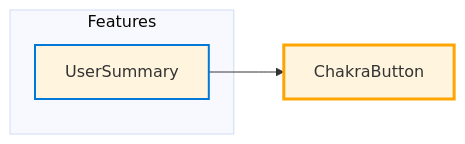
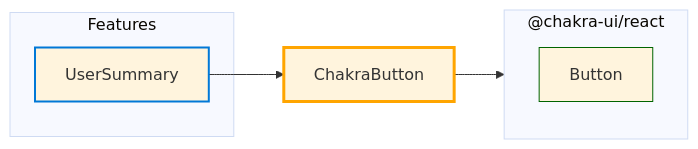
One commit to star4beam/react-package-analyzer changed the diagram in test-project-import-analysis/hubs/ChakraButton.md. Above: the diagram before and after it, drawn with Mermaid (base theme). The commit also changed other lines of this file and 5 other files, not shown here.

````diff
--- a/test-project-import-analysis/hubs/ChakraButton.md
+++ b/test-project-import-analysis/hubs/ChakraButton.md
@@ -15,27 +15,34 @@
 ```mermaid
 flowchart LR
     %% Node styles
     classDef feature stroke:#0078d7,stroke-width:2px
     classDef currentHub stroke:#ffa500,stroke-width:3px
     classDef main stroke:#d04a02,stroke-width:2px
     classDef intermediate stroke:#7e6000,stroke-width:2px
     classDef base stroke:#006400,stroke-width:2px
     classDef component stroke:#006400,stroke-width:1px
 
     %% Link styles
     linkStyle default stroke:#333,stroke-width:1px
     %% Use different arrow styles for dependency types
     %% Direct: solid line, Indirect: dashed line, Both: thick solid line
 
     hub_ChakraButton["ChakraButton"]
     class hub_ChakraButton currentHub
 
     %% Features that use this hub (directly or indirectly)
     subgraph Features["Features"]
         feature_UserSummary["UserSummary"]
         class feature_UserSummary feature
     end
 
     feature_UserSummary --> hub_ChakraButton
+    %% Components directly used by this hub
+    subgraph pkg__chakra_ui_react["@chakra-ui/react"]
+        comp__chakra_ui_react_Button["Button"]
+        class comp__chakra_ui_react_Button component
+    end
+    hub_ChakraButton --> pkg__chakra_ui_react
+
     %% Direct hub-to-hub connections
 ```
````
